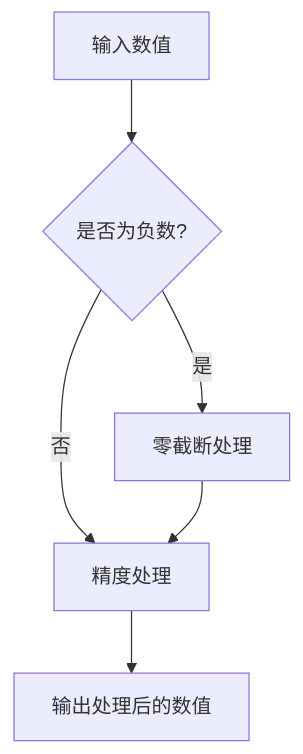
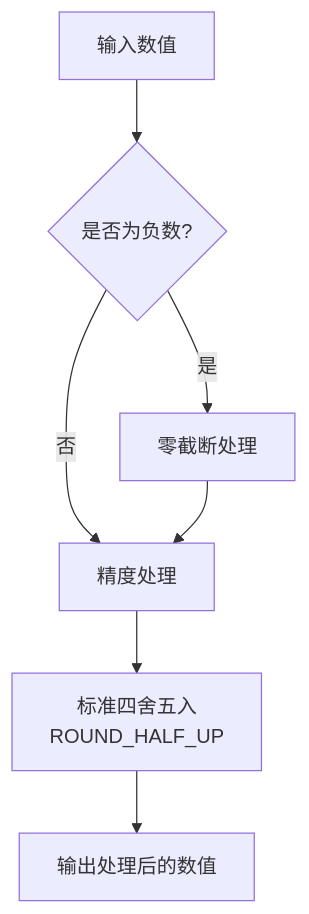
One commit to gujialind/InvestRing changed the eighth of 9 diagrams in .qoder/repowiki/zh/content/数据库设计/核心计算公式.md. Above: the diagram before and after it, drawn with Mermaid. The commit also changed other lines of this file and 32 other files, not shown here.

````diff
--- a/.qoder/repowiki/zh/content/数据库设计/核心计算公式.md
+++ b/.qoder/repowiki/zh/content/数据库设计/核心计算公式.md
@@ -353,8 +359,9 @@
 ```mermaid
 flowchart TD
 Input["输入数值"] --> CheckNeg{"是否为负数?"}
 CheckNeg --> |是| ZeroCut["零截断处理"]
 CheckNeg --> |否| Precision["精度处理"]
 ZeroCut --> Precision
-Precision --> Output["输出处理后的数值"]
+Precision --> RoundUp["标准四舍五入<br/>ROUND_HALF_UP"]
+RoundUp --> Output["输出处理后的数值"]
 ```
````
